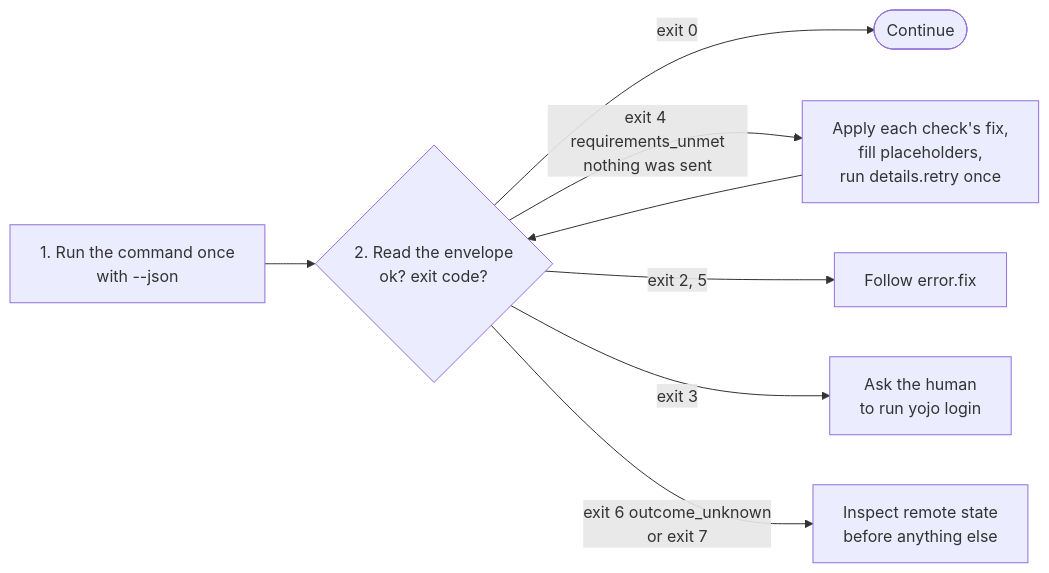
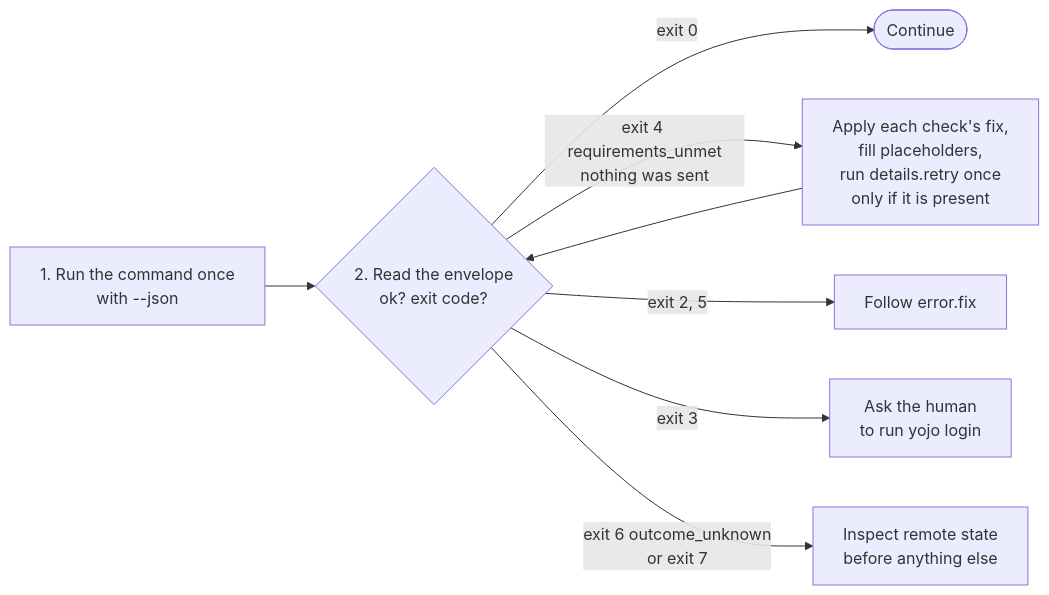
One commit to calvinware/atlass-cli changed the diagram in docs/agents.md. Above: the diagram before and after it, drawn with Mermaid. The commit also changed other lines of this file and 5 other files, not shown here.

````diff
--- a/docs/agents.md
+++ b/docs/agents.md
@@ -8,9 +8,9 @@
 ```mermaid
 flowchart LR
     Write["1. Run the command once<br/>with --json"] --> Verify{"2. Read the envelope<br/>ok? exit code?"}
     Verify -->|"exit 0"| Done(["Continue"])
-    Verify -->|"exit 4 requirements_unmet<br/>nothing was sent"| Fix["Apply each check's fix,<br/>fill placeholders,<br/>run details.retry once"] --> Verify
+    Verify -->|"exit 4 requirements_unmet<br/>nothing was sent"| Fix["Apply each check's fix,<br/>fill placeholders,<br/>run details.retry once<br/>only if it is present"] --> Verify
     Verify -->|"exit 2, 5"| Input["Follow error.fix"]
     Verify -->|"exit 3"| Human["Ask the human<br/>to run yojo login"]
     Verify -->|"exit 6 outcome_unknown<br/>or exit 7"| Inspect["Inspect remote state<br/>before anything else"]
 ```
````
